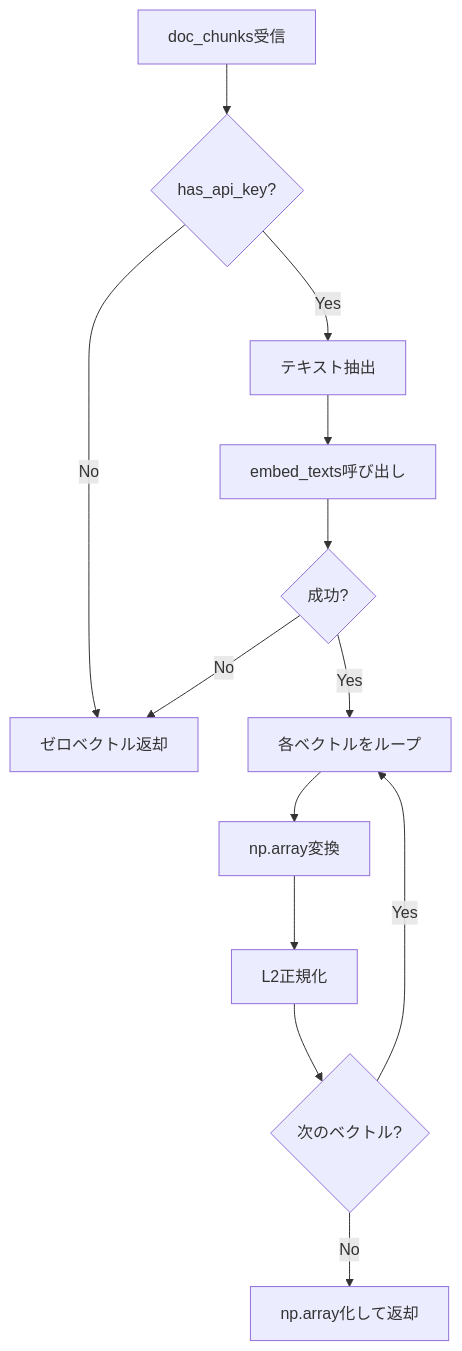
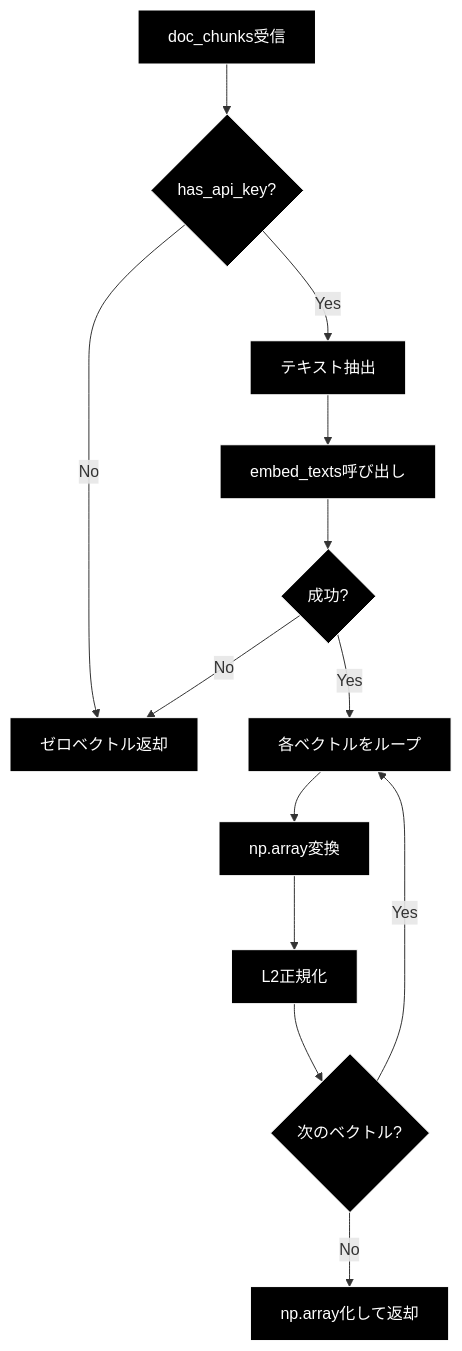
The eighth of 10 diagrams in qa_generation/docs/semantic.md (nakashima2toshio/grace_v2), drawn with Mermaid before and after one commit. The commit also changed other lines of this file and 3 other files, not shown here.

````diff
--- a/qa_generation/docs/semantic.md
+++ b/qa_generation/docs/semantic.md
@@ -313,15 +556,18 @@
 ```mermaid
 flowchart TD
     A[doc_chunks受信] --> B{has_api_key?}
     B -->|No| C[ゼロベクトル返却]
     B -->|Yes| D[テキスト抽出]
     D --> E[embed_texts呼び出し]
     E --> F{成功?}
     F -->|Yes| G[各ベクトルをループ]
     G --> H[np.array変換]
     H --> I[L2正規化]
     I --> J{次のベクトル?}
     J -->|Yes| G
     J -->|No| K[np.array化して返却]
     F -->|No| C
+classDef default fill:#000,stroke:#fff,color:#fff
+classDef subgraphStyle fill:#1a1a1a,stroke:#fff,color:#fff
+class A,B,C,D,E,F,G,H,I,J,K default
 ```
````
